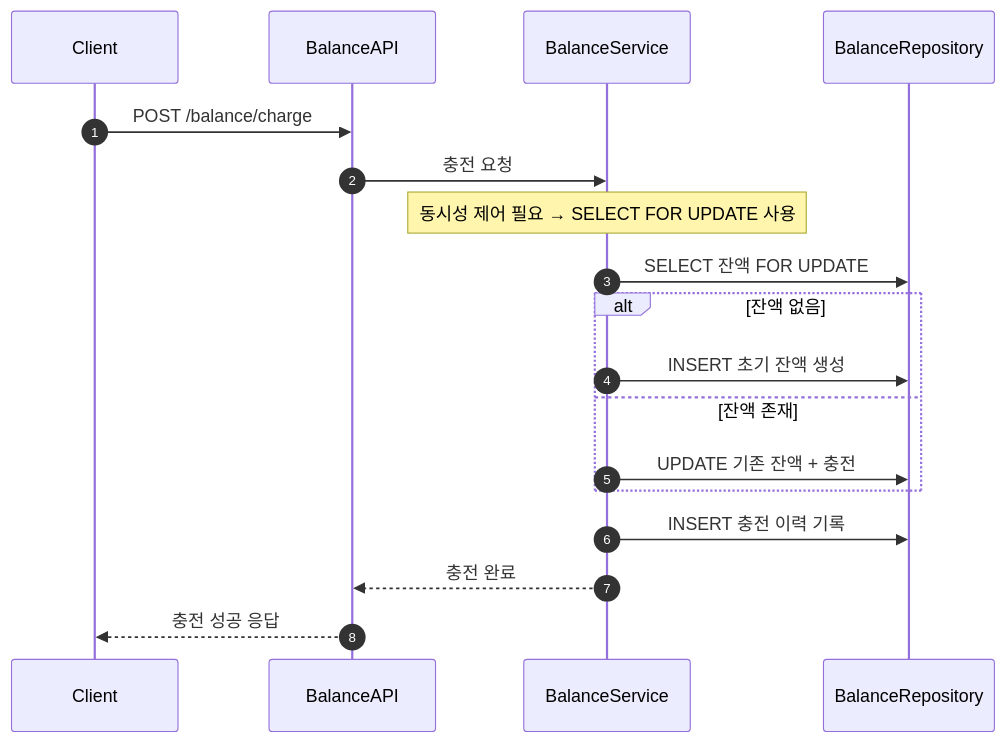
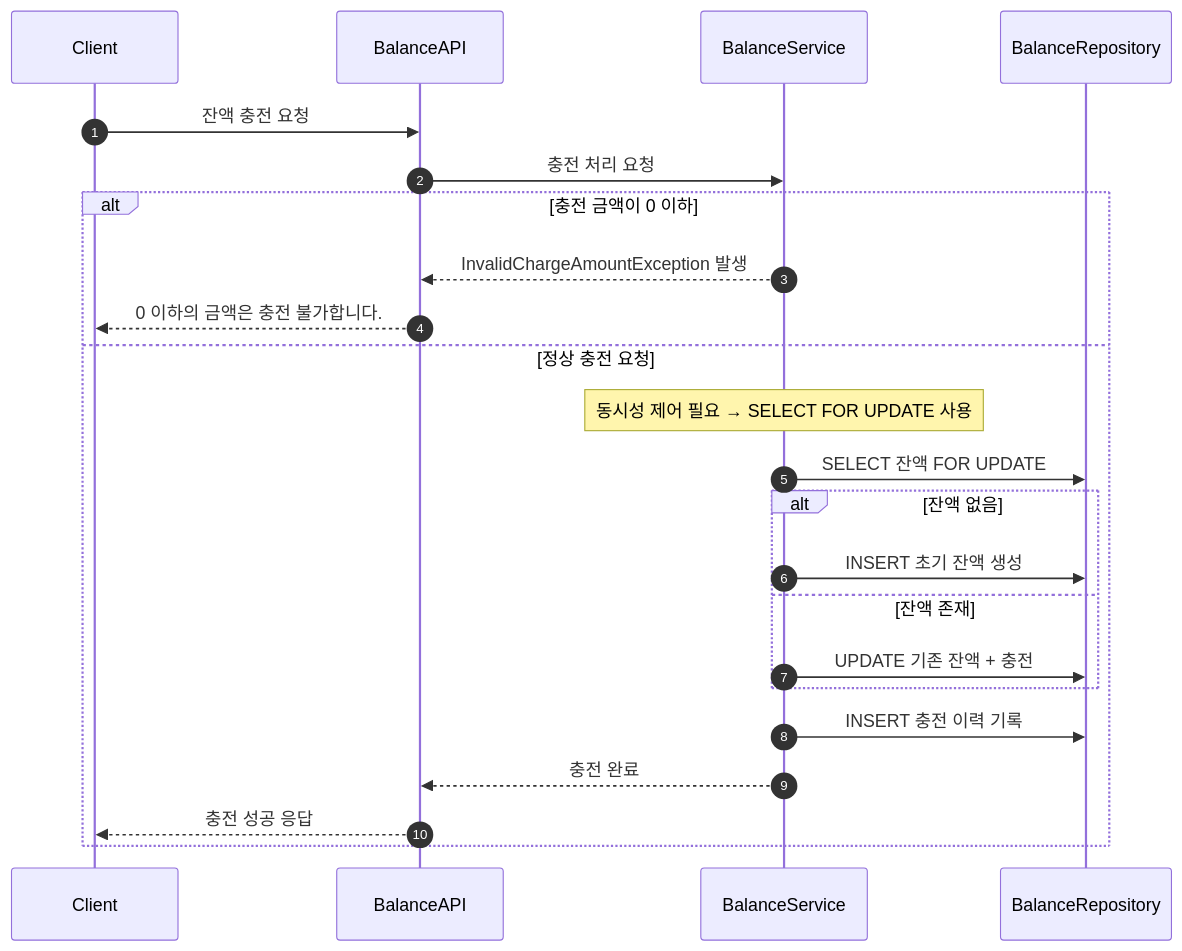
Before and after one commit to ehdgus0221/hhplus-ecommerce: the third of 7 diagrams in docs/Sequence.md, drawn with Mermaid. The commit also changed other lines of this file and 25 other files, not shown here.

````diff
--- a/docs/Sequence.md
+++ b/docs/Sequence.md
@@ -36,17 +36,22 @@
 ```mermaid
 sequenceDiagram
     autonumber
     participant Client
-    Client->>BalanceAPI: POST /balance/charge
-    BalanceAPI->>BalanceService: 충전 요청
-    Note over BalanceService: 동시성 제어 필요 → SELECT FOR UPDATE 사용
-    BalanceService->>BalanceRepository: SELECT 잔액 FOR UPDATE
-    alt 잔액 없음
-        BalanceService->>BalanceRepository: INSERT 초기 잔액 생성
-    else 잔액 존재
-        BalanceService->>BalanceRepository: UPDATE 기존 잔액 + 충전
+    Client->>BalanceAPI: 잔액 충전 요청
+    BalanceAPI->>BalanceService: 충전 처리 요청
+    alt 충전 금액이 0 이하
+        BalanceService-->>BalanceAPI: InvalidChargeAmountException 발생
+        BalanceAPI-->>Client: 0 이하의 금액은 충전 불가합니다.
+    else 정상 충전 요청
+        Note over BalanceService: 동시성 제어 필요 → SELECT FOR UPDATE 사용
+        BalanceService->>BalanceRepository: SELECT 잔액 FOR UPDATE
+        alt 잔액 없음
+            BalanceService->>BalanceRepository: INSERT 초기 잔액 생성
+        else 잔액 존재
+            BalanceService->>BalanceRepository: UPDATE 기존 잔액 + 충전
+        end
+        BalanceService->>BalanceRepository: INSERT 충전 이력 기록
+        BalanceService-->>BalanceAPI: 충전 완료
+        BalanceAPI-->>Client: 충전 성공 응답
     end
-    BalanceService->>BalanceRepository: INSERT 충전 이력 기록
-    BalanceService-->>BalanceAPI: 충전 완료
-    BalanceAPI-->>Client: 충전 성공 응답
 ```
````
